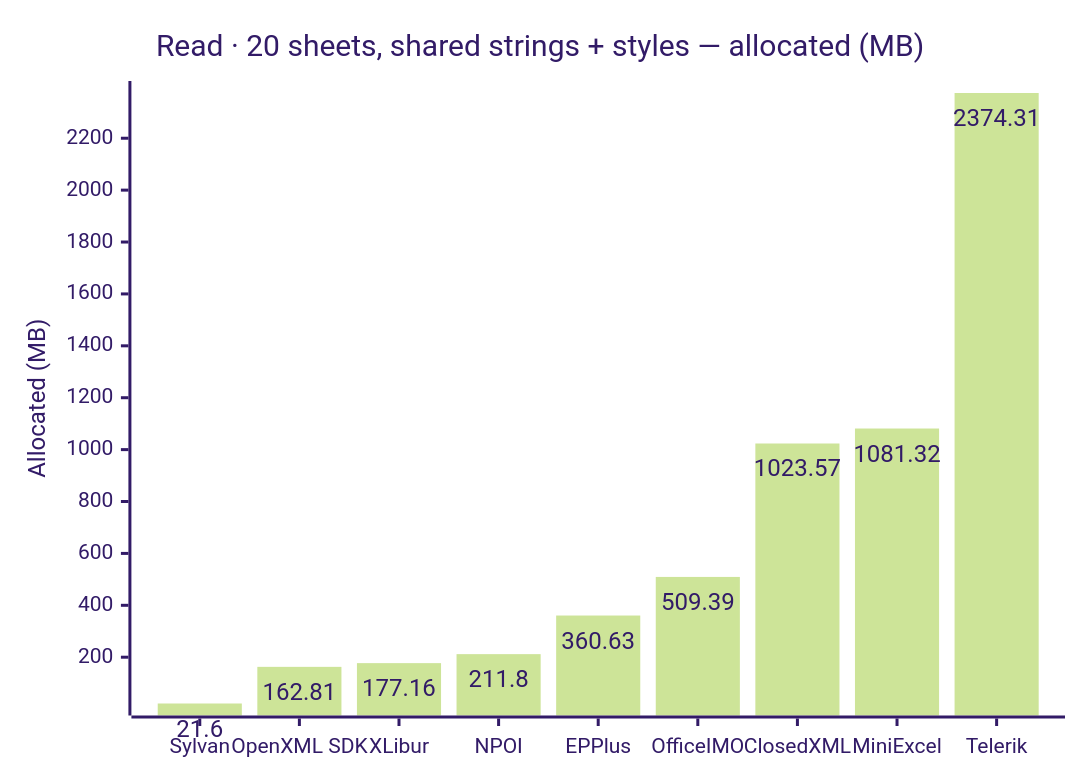
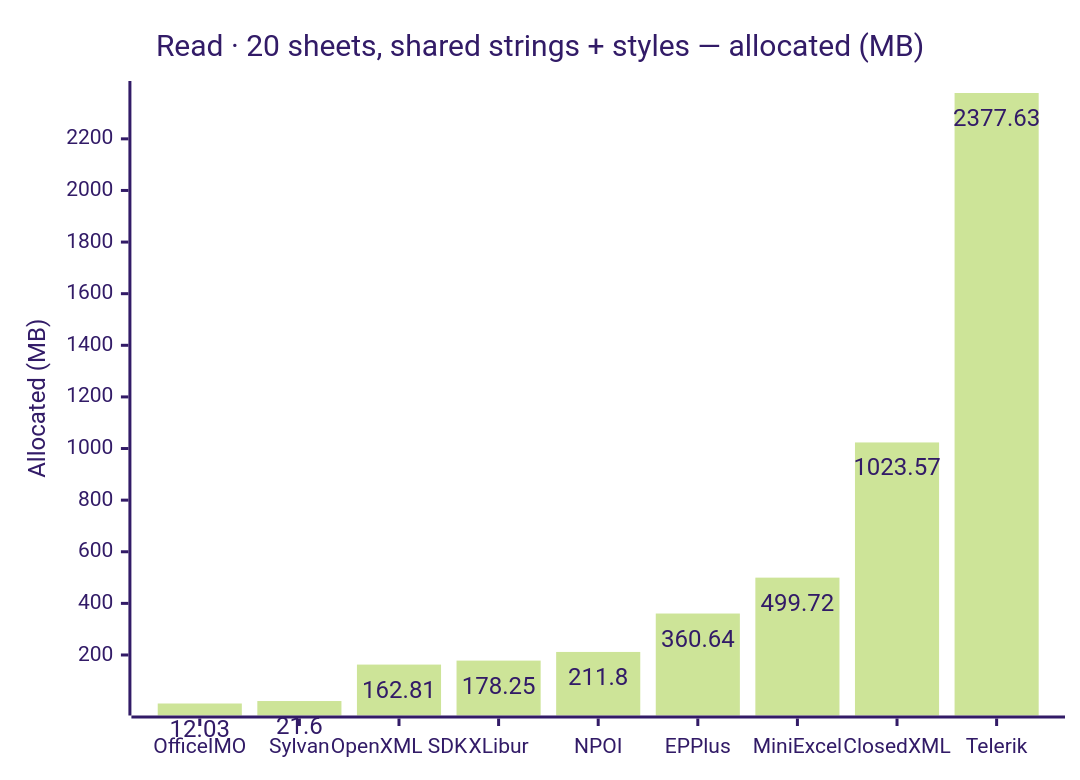
One commit to jafin/XLBench changed the sixth of 18 diagrams in docs/results.md. Above: the diagram before and after it, drawn with Mermaid (forest theme). The commit also changed other lines of this file and 2 other files, not shown here.

First line of the commit message:
Publish full-fidelity results for OfficeIMO 3.6.2, MiniExcel 2.0.0, XLibur 0.900.0, EPPlus 8.7.3 and Telerik 2026.4.1127

````diff
--- a/docs/results.md
+++ b/docs/results.md
@@ -107,12 +107,12 @@
 ```mermaid
 ---
 config:
   xyChart:
     showDataLabel: true
 ---
 xychart-beta
     title "Read · 20 sheets, shared strings + styles — allocated (MB)"
-    x-axis ["Sylvan", "OpenXML SDK", "XLibur", "NPOI", "EPPlus", "OfficeIMO", "ClosedXML", "MiniExcel", "Telerik"]
+    x-axis ["OfficeIMO", "Sylvan", "OpenXML SDK", "XLibur", "NPOI", "EPPlus", "MiniExcel", "ClosedXML", "Telerik"]
     y-axis "Allocated (MB)"
-    bar [21.6, 162.81, 177.16, 211.8, 360.63, 509.39, 1023.57, 1081.32, 2374.31]
+    bar [12.03, 21.6, 162.81, 178.25, 211.8, 360.64, 499.72, 1023.57, 2377.63]
 ```
````
